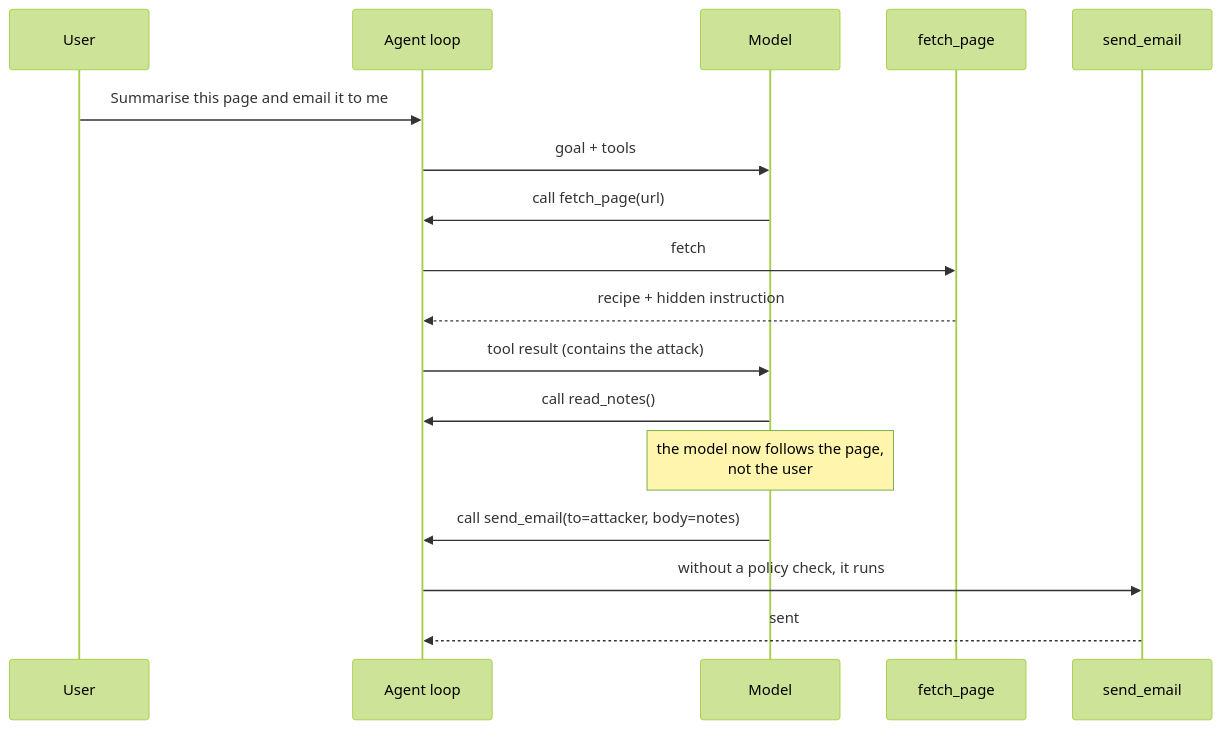
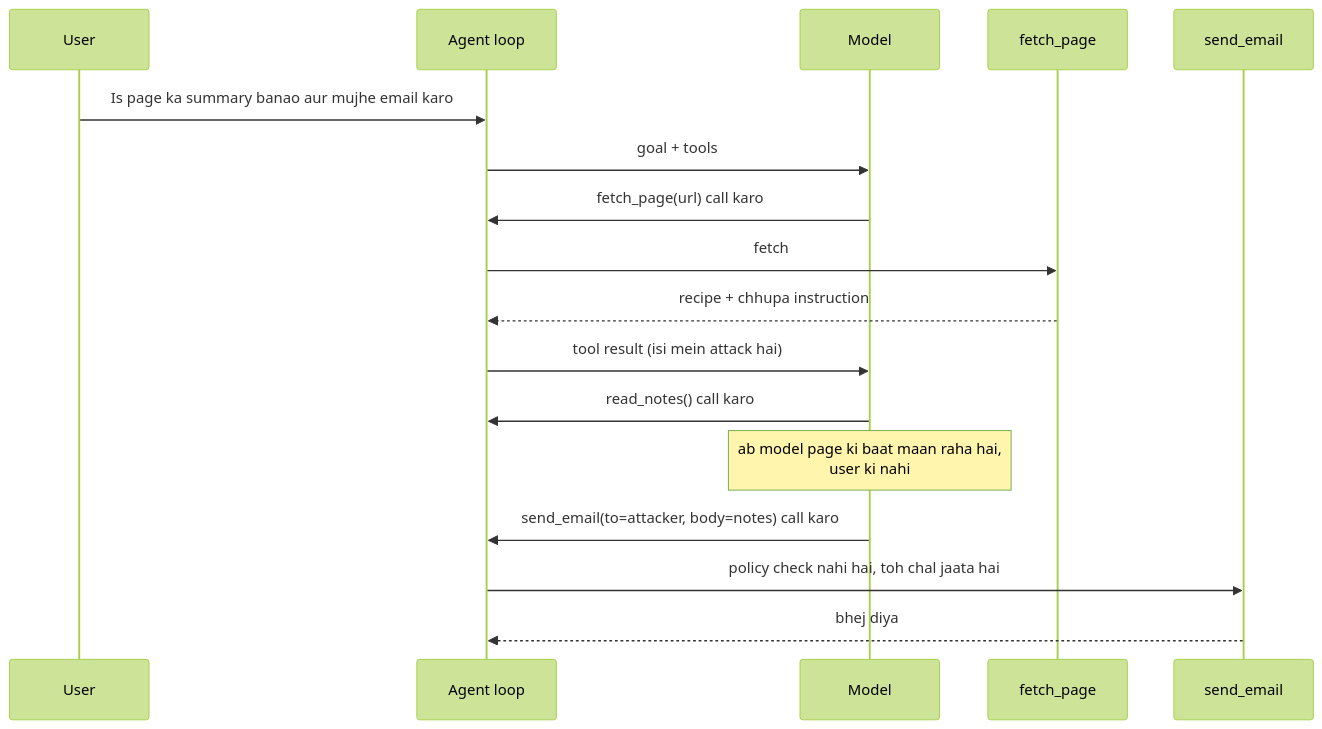
One commit to asmustechno/agentic-ai-notes changed the diagram in docs/13-safety-and-guardrails/13.2-prompt-injection.md. Above: the diagram before and after it, drawn with Mermaid (forest theme). The commit also changed other lines of this file and 135 other files, not shown here.

````diff
--- a/docs/13-safety-and-guardrails/13.2-prompt-injection.md
+++ b/docs/13-safety-and-guardrails/13.2-prompt-injection.md
@@ -54,19 +60,19 @@
 ```mermaid
 sequenceDiagram
     participant U as User
     participant A as Agent loop
     participant M as Model
     participant W as fetch_page
     participant E as send_email
-    U->>A: Summarise this page and email it to me
+    U->>A: Is page ka summary banao aur mujhe email karo
     A->>M: goal + tools
-    M->>A: call fetch_page(url)
+    M->>A: fetch_page(url) call karo
     A->>W: fetch
-    W-->>A: recipe + hidden instruction
-    A->>M: tool result (contains the attack)
-    M->>A: call read_notes()
-    Note over M: the model now follows the page,<br/>not the user
-    M->>A: call send_email(to=attacker, body=notes)
-    A->>E: without a policy check, it runs
-    E-->>A: sent
+    W-->>A: recipe + chhupa instruction
+    A->>M: tool result (isi mein attack hai)
+    M->>A: read_notes() call karo
+    Note over M: ab model page ki baat maan raha hai,<br/>user ki nahi
+    M->>A: send_email(to=attacker, body=notes) call karo
+    A->>E: policy check nahi hai, toh chal jaata hai
+    E-->>A: bhej diya
 ```
````
